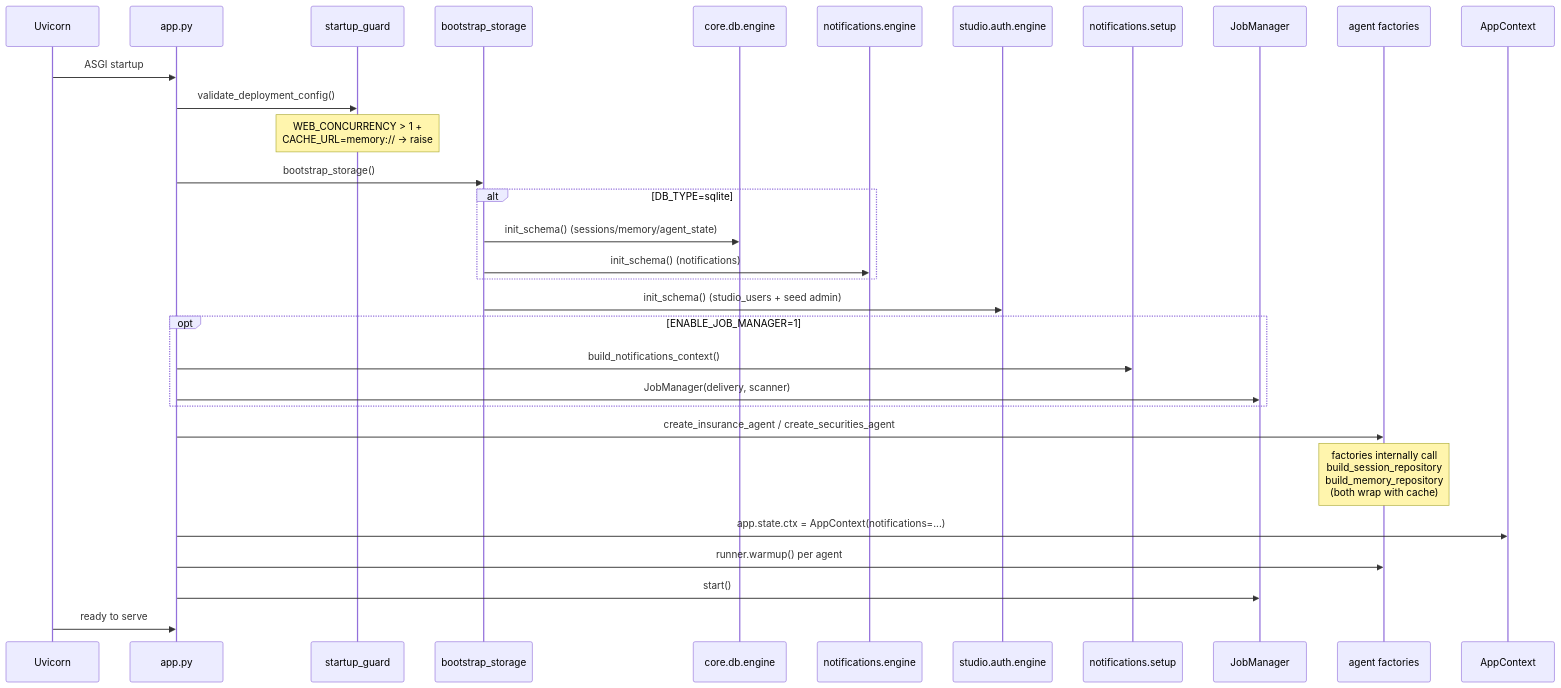
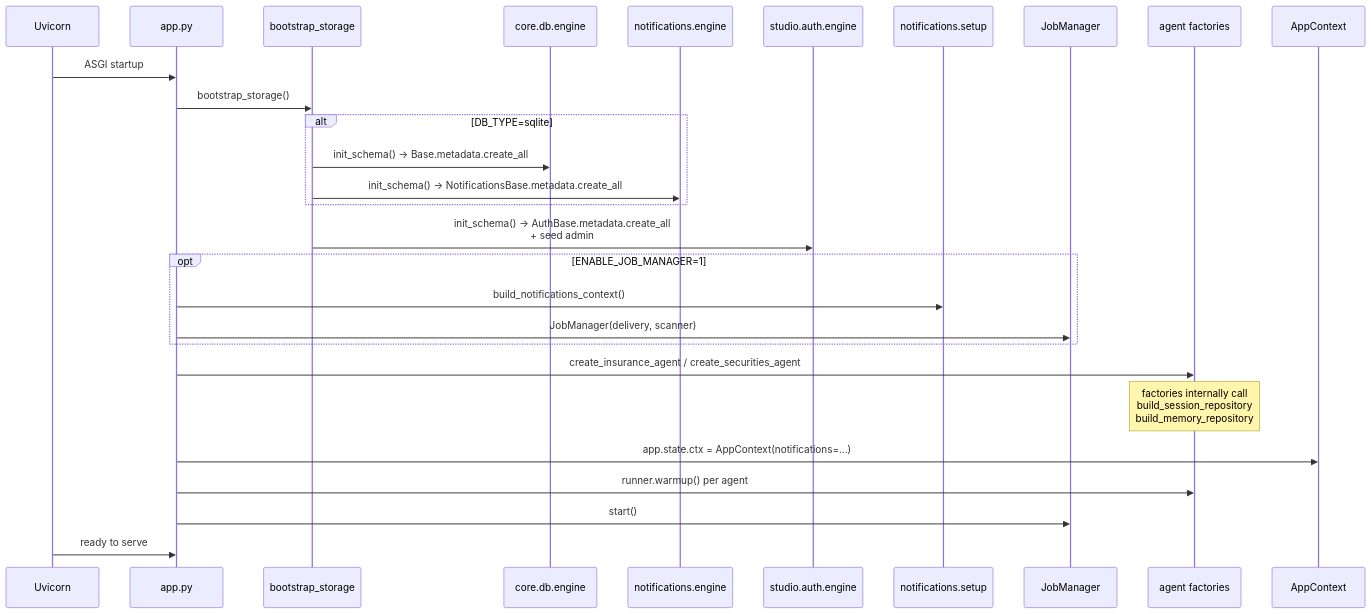
Before and after one commit to YU-JI-KUI/ark-agentic: the sixth of 13 diagrams in docs/architecture-c4.md, drawn with Mermaid. The commit also changed other lines of this file, not shown here.

First line of the commit message:
docs: refresh C4 diagrams for cache removal + per-feature DeclarativeBase

````diff
--- a/docs/architecture-c4.md
+++ b/docs/architecture-c4.md
@@ -271,39 +294,36 @@
 ```mermaid
 sequenceDiagram
     participant Uvicorn
     participant AppPy as app.py
-    participant Validate as startup_guard
     participant Bootstrap as bootstrap_storage
     participant CoreEng as core.db.engine
     participant NotifEng as notifications.engine
     participant StudioEng as studio.auth.engine
     participant Notif as notifications.setup
     participant JobsM as JobManager
     participant Agents as agent factories
     participant Ctx as AppContext
 
     Uvicorn->>AppPy: ASGI startup
-    AppPy->>Validate: validate_deployment_config()
-    Note over Validate: WEB_CONCURRENCY > 1 +<br/>CACHE_URL=memory:// → raise
 
     AppPy->>Bootstrap: bootstrap_storage()
     alt DB_TYPE=sqlite
-        Bootstrap->>CoreEng: init_schema() (sessions/memory/agent_state)
-        Bootstrap->>NotifEng: init_schema() (notifications)
+        Bootstrap->>CoreEng: init_schema() → Base.metadata.create_all
+        Bootstrap->>NotifEng: init_schema() → NotificationsBase.metadata.create_all
     end
-    Bootstrap->>StudioEng: init_schema() (studio_users + seed admin)
+    Bootstrap->>StudioEng: init_schema() → AuthBase.metadata.create_all<br/>+ seed admin
 
     opt ENABLE_JOB_MANAGER=1
         AppPy->>Notif: build_notifications_context()
         AppPy->>JobsM: JobManager(delivery, scanner)
     end
 
     AppPy->>Agents: create_insurance_agent / create_securities_agent
-    Note over Agents: factories internally call<br/>build_session_repository<br/>build_memory_repository<br/>(both wrap with cache)
+    Note over Agents: factories internally call<br/>build_session_repository<br/>build_memory_repository
 
     AppPy->>Ctx: app.state.ctx = AppContext(notifications=...)
     AppPy->>Agents: runner.warmup() per agent
     AppPy->>JobsM: start()
 
     Uvicorn->>AppPy: ready to serve
 ```
````
